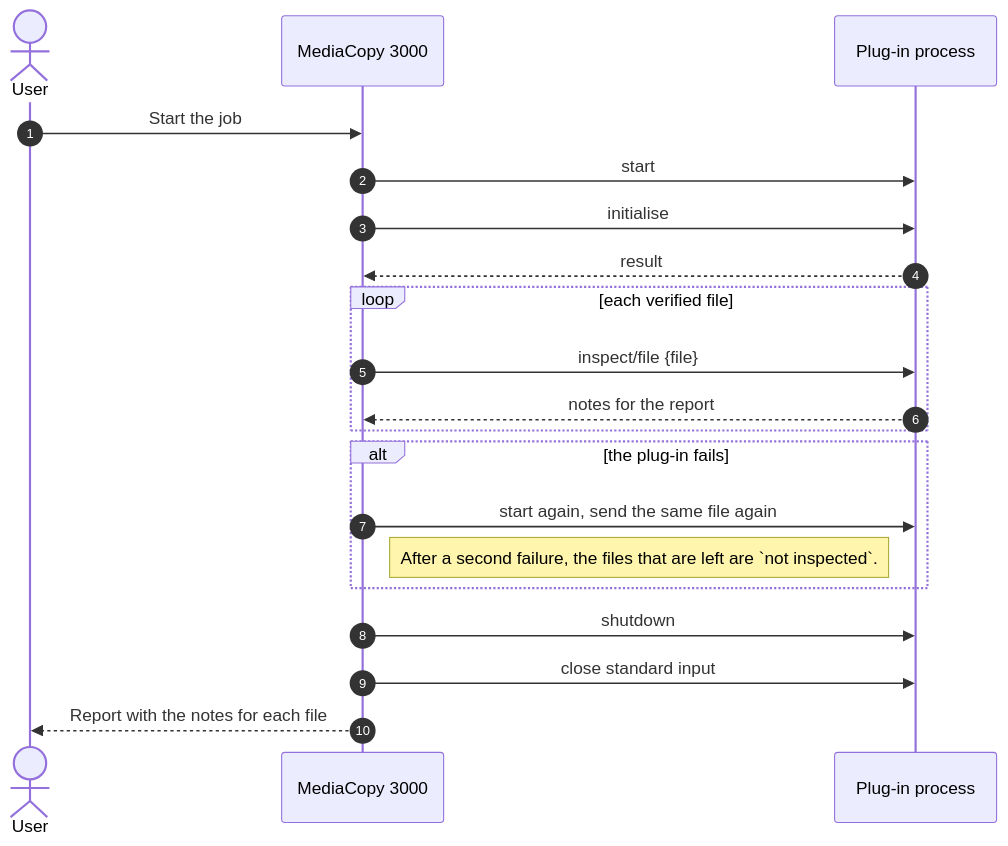
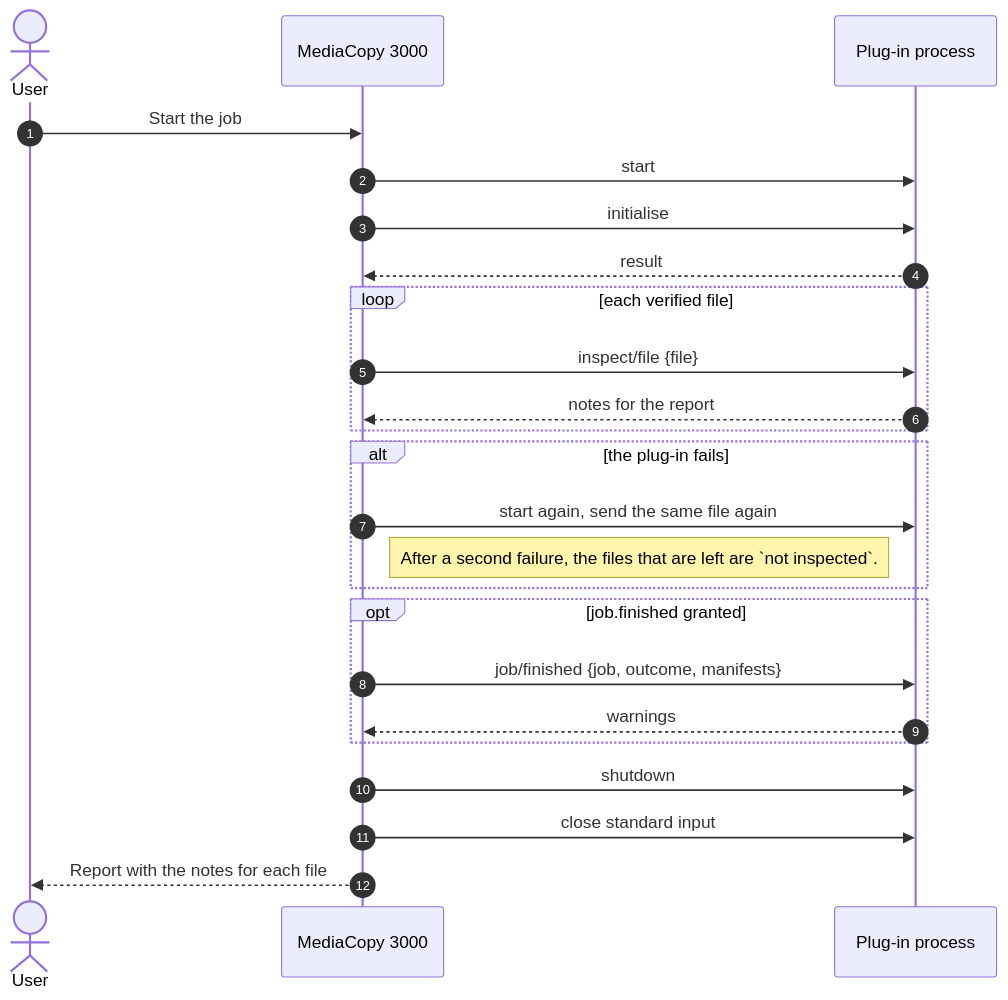
One commit to Floreal-Technologies/MediaCopy3000 changed the third of 4 diagrams in manual/en/plugins.md. Above: the diagram before and after it, drawn with Mermaid. The commit also changed other lines of this file and 27 other files, not shown here.

````diff
--- a/manual/en/plugins.md
+++ b/manual/en/plugins.md
@@ -322,23 +327,27 @@
 ```mermaid
 sequenceDiagram
     autonumber
     actor User
     participant MC3K as MediaCopy 3000
     participant Plugin as Plug-in process
 
     User->>MC3K: Start the job
     MC3K->>Plugin: start
     MC3K->>Plugin: initialise
     Plugin-->>MC3K: result
     loop each verified file
         MC3K->>Plugin: inspect/file {file}
         Plugin-->>MC3K: notes for the report
     end
     alt the plug-in fails
         MC3K->>Plugin: start again, send the same file again
         note right of MC3K: After a second failure, the files that are left are `not inspected`.
     end
+    opt job.finished granted
+        MC3K->>Plugin: job/finished {job, outcome, manifests}
+        Plugin-->>MC3K: warnings
+    end
     MC3K->>Plugin: shutdown
     MC3K->>Plugin: close standard input
     MC3K-->>User: Report with the notes for each file
 ```
````
